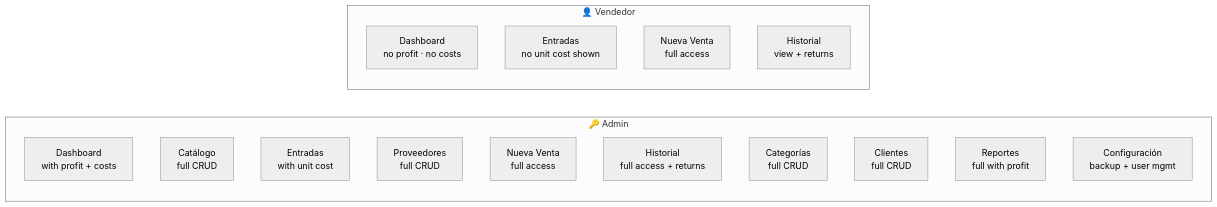
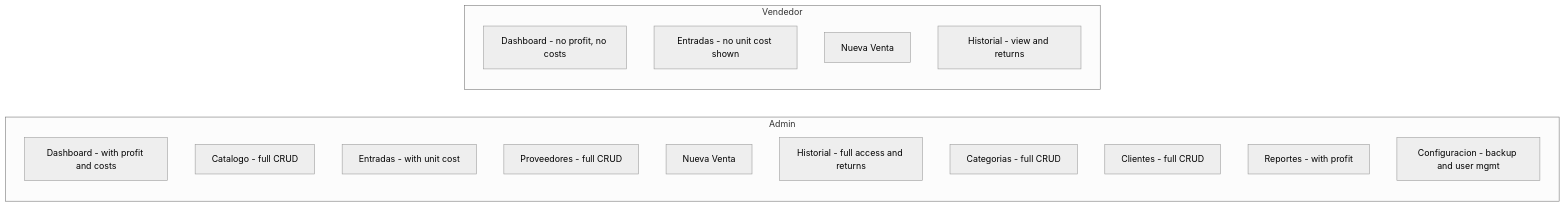
The first of 3 diagrams in docs/diagrams/ROLES.md (seqencia/InventoryProyectHome), drawn with Mermaid (neutral theme) before and after one commit. The commit also changed other lines of this file and 6 other files, not shown here.

First line of the commit message:
fix: correct Mermaid syntax errors in all diagrams

````diff
--- a/docs/diagrams/ROLES.md
+++ b/docs/diagrams/ROLES.md
@@ -5,24 +5,22 @@
 ```mermaid
-graph LR
-    subgraph ADMIN["🔑 Admin"]
-        direction TB
-        A1[Dashboard\nwith profit + costs]
-        A2[Catálogo\nfull CRUD]
-        A3[Entradas\nwith unit cost]
-        A4[Proveedores\nfull CRUD]
-        A5[Nueva Venta\nfull access]
-        A6[Historial\nfull access + returns]
-        A7[Categorías\nfull CRUD]
-        A8[Clientes\nfull CRUD]
-        A9[Reportes\nfull with profit]
-        A10[Configuración\nbackup + user mgmt]
+flowchart LR
+    subgraph ADMIN["Admin"]
+        A1[Dashboard - with profit and costs]
+        A2[Catalogo - full CRUD]
+        A3[Entradas - with unit cost]
+        A4[Proveedores - full CRUD]
+        A5[Nueva Venta]
+        A6[Historial - full access and returns]
+        A7[Categorias - full CRUD]
+        A8[Clientes - full CRUD]
+        A9[Reportes - with profit]
+        A10[Configuracion - backup and user mgmt]
     end
 
-    subgraph VENDEDOR["👤 Vendedor"]
-        direction TB
-        V1[Dashboard\nno profit · no costs]
-        V3[Entradas\nno unit cost shown]
-        V5[Nueva Venta\nfull access]
-        V6[Historial\nview + returns]
+    subgraph VENDEDOR["Vendedor"]
+        V1[Dashboard - no profit, no costs]
+        V3[Entradas - no unit cost shown]
+        V5[Nueva Venta]
+        V6[Historial - view and returns]
     end
 ```
````
